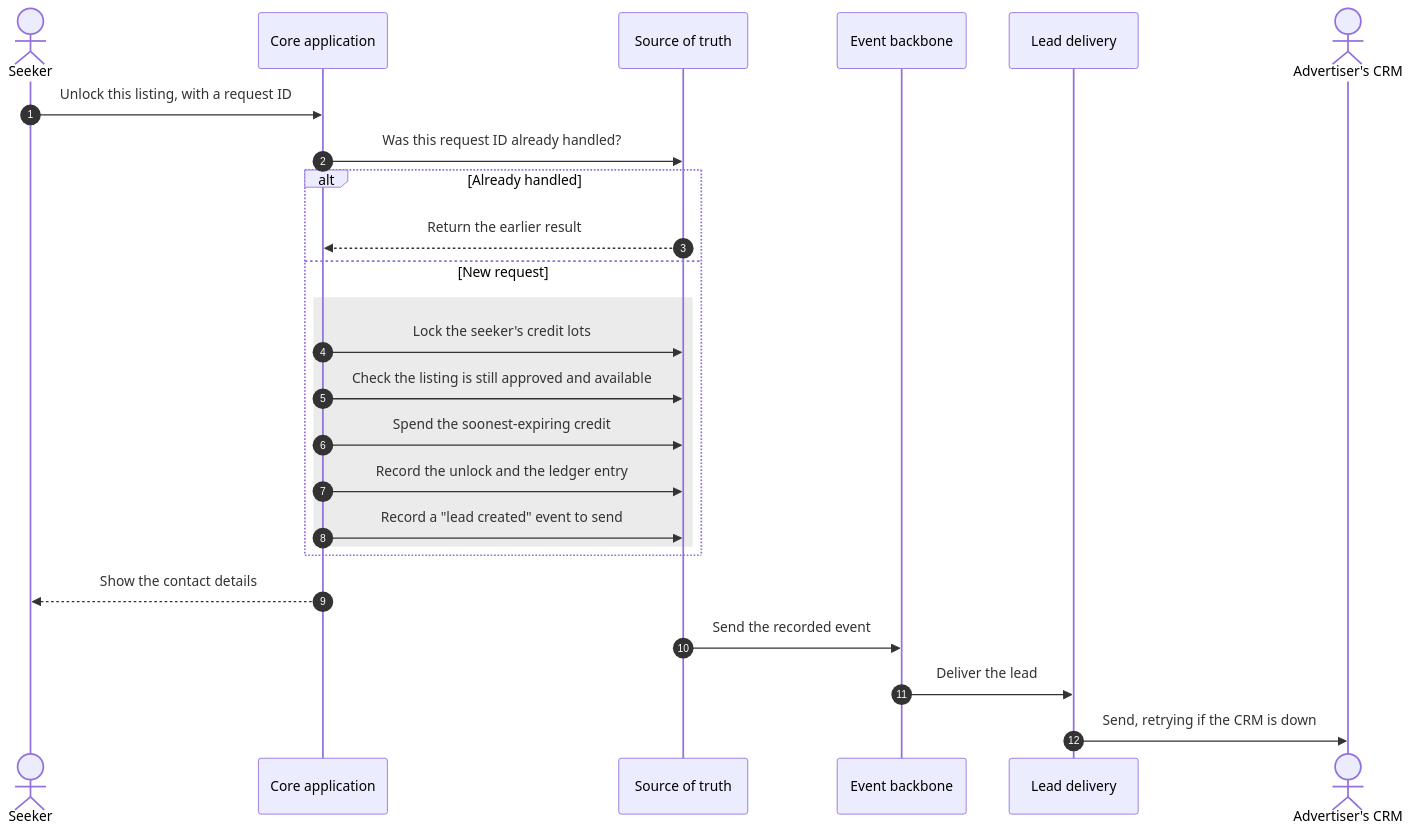
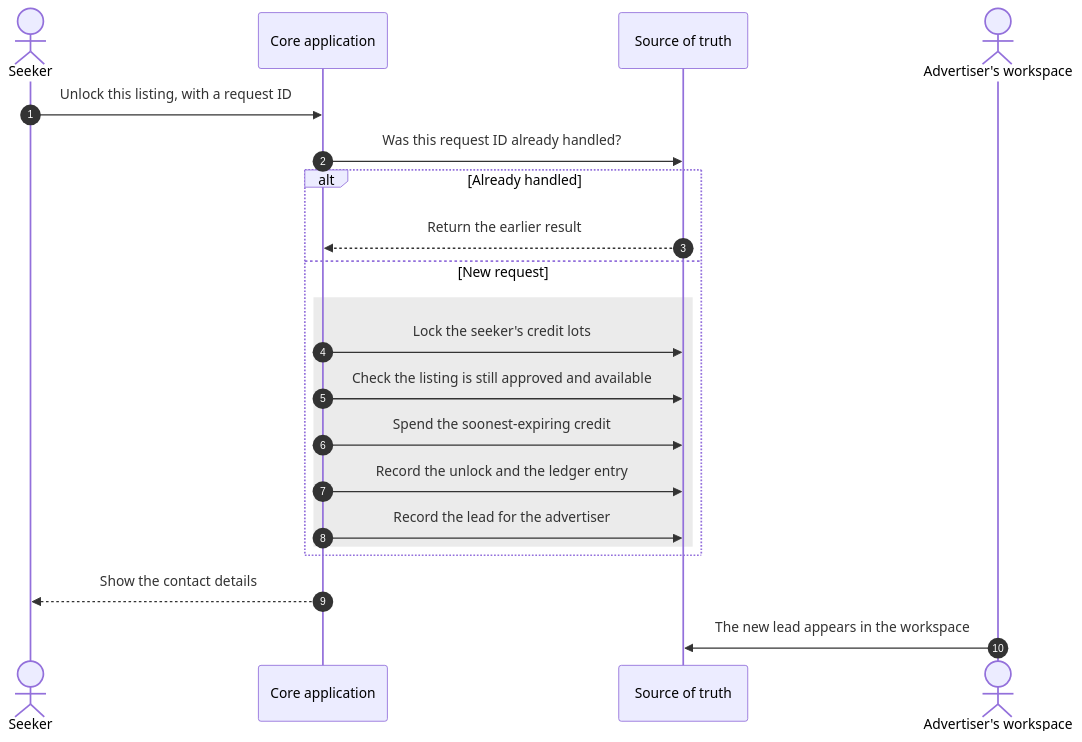
One commit to Zerubabel-J/tracehome-platform changed the second of 7 diagrams in ARCHITECTURE.md. Above: the diagram before and after it, drawn with Mermaid. The commit also changed other lines of this file and 8 other files, not shown here.

````diff
--- a/ARCHITECTURE.md
+++ b/ARCHITECTURE.md
@@ -177,28 +177,24 @@
 ```mermaid
 sequenceDiagram
     autonumber
     actor Seeker
     participant App as Core application
     participant DB as Source of truth
-    participant Events as Event backbone
-    participant Leads as Lead delivery
-    actor CRM as Advertiser's CRM
+    actor Adv as Advertiser's workspace
 
     Seeker->>App: Unlock this listing, with a request ID
     App->>DB: Was this request ID already handled?
     alt Already handled
         DB-->>App: Return the earlier result
     else New request
         rect rgba(120, 120, 120, 0.15)
             App->>DB: Lock the seeker's credit lots
             App->>DB: Check the listing is still approved and available
             App->>DB: Spend the soonest-expiring credit
             App->>DB: Record the unlock and the ledger entry
-            App->>DB: Record a "lead created" event to send
+            App->>DB: Record the lead for the advertiser
         end
     end
     App-->>Seeker: Show the contact details
-    DB->>Events: Send the recorded event
-    Events->>Leads: Deliver the lead
-    Leads->>CRM: Send, retrying if the CRM is down
+    Adv->>DB: The new lead appears in the workspace
 ```
````
